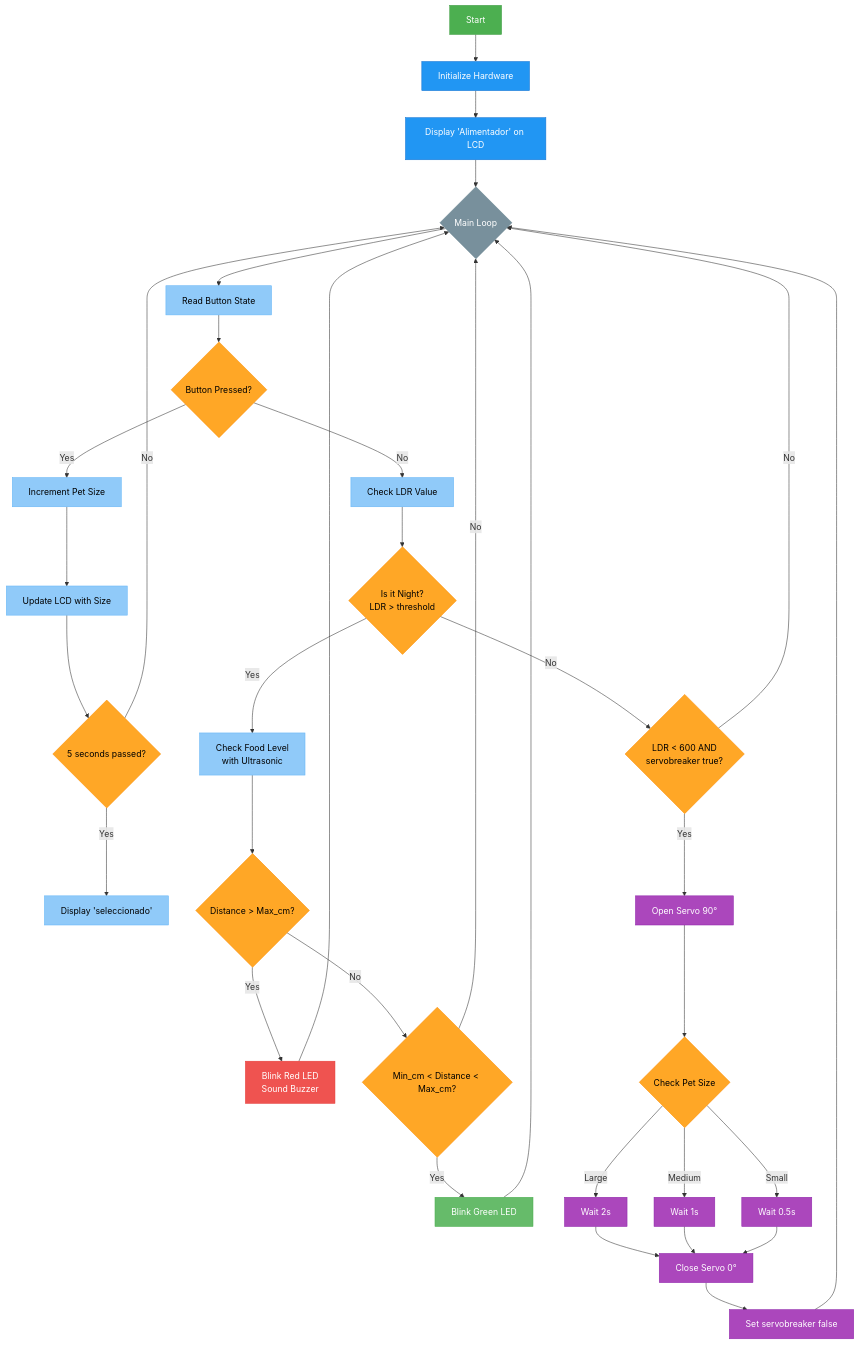
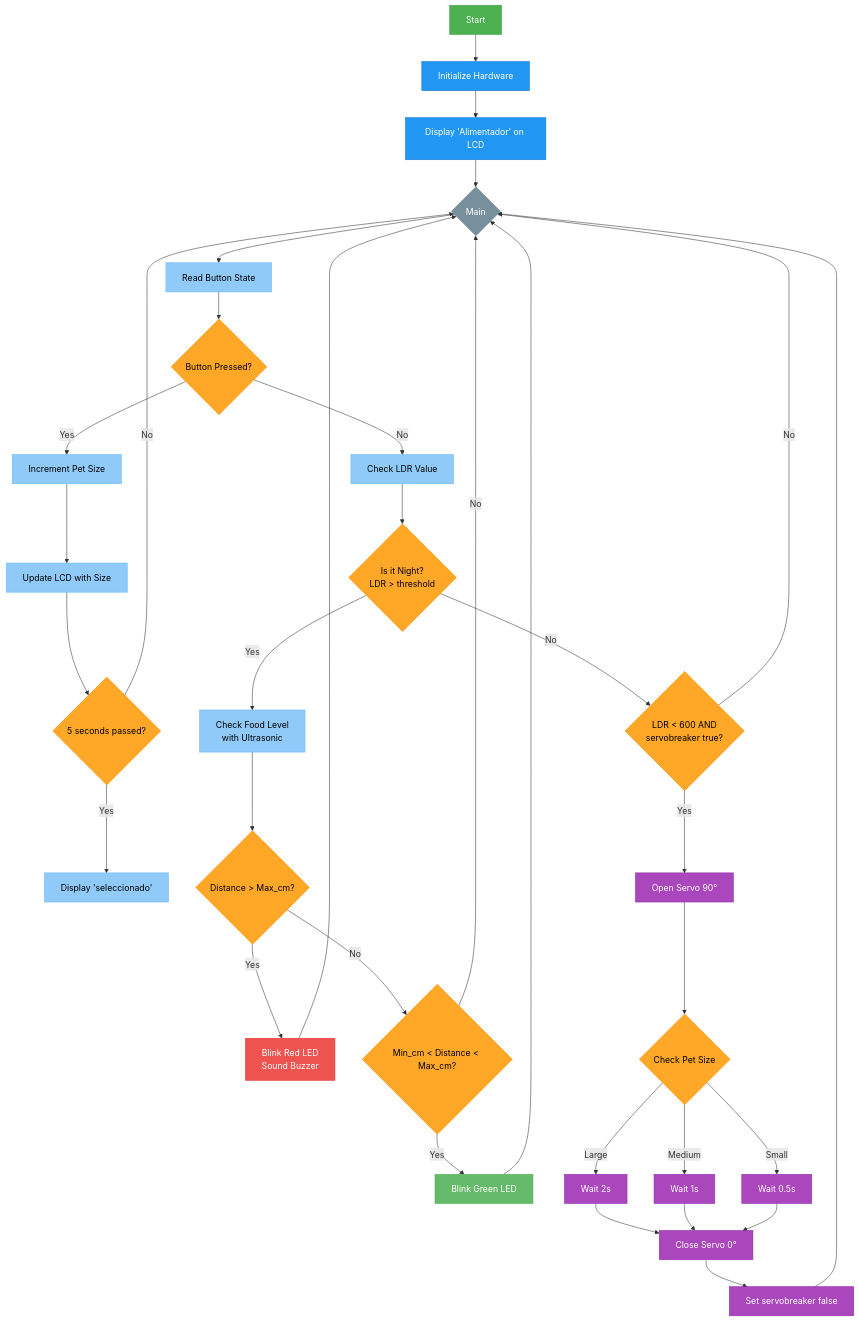
The second of 2 diagrams in Software/README.md (DPfraaaan/Alimenta-de-mascotas), drawn with Mermaid before and after one commit.

````diff
--- a/Software/README.md
+++ b/Software/README.md
@@ -93,59 +93,59 @@
 ```mermaid
 flowchart TD
     %% Style definitions
     classDef start fill:#4CAF50,stroke:#45a049,color:white
     classDef init fill:#2196F3,stroke:#1976D2,color:white
     classDef process fill:#90CAF9,stroke:#64B5F6,color:black
     classDef decision fill:#FFA726,stroke:#FB8C00,color:black
     classDef alert fill:#EF5350,stroke:#E53935,color:white
     classDef success fill:#66BB6A,stroke:#4CAF50,color:white
     classDef servo fill:#AB47BC,stroke:#8E24AA,color:white
     classDef return fill:#78909C,stroke:#607D8B,color:white
 
     A[Start] --> B[Initialize Hardware]
     B --> C[Display 'Alimentador' on LCD]
-    C --> D{Main Loop}
+    C --> D{Main}
     
     D --> E[Read Button State]
     E --> F{Button Pressed?}
     F -->|Yes| G[Increment Pet Size]
     G --> H[Update LCD with Size]
     H --> I{5 seconds passed?}
     I -->|Yes| J[Display 'seleccionado']
     I -->|No| D
     F -->|No| K[Check LDR Value]
     
     K --> L{Is it Night?<br/>LDR > threshold}
     L -->|Yes| M[Check Food Level<br/>with Ultrasonic]
     M --> N{Distance > Max_cm?}
     N -->|Yes| O[Blink Red LED<br/>Sound Buzzer]
     N -->|No| P{Min_cm < Distance < Max_cm?}
     P -->|Yes| Q[Blink Green LED]
     
     L -->|No| R{LDR < 600 AND<br/>servobreaker true?}
     R -->|Yes| S[Open Servo 90°]
     S --> T{Check Pet Size}
     T -->|Large| U[Wait 2s]
     T -->|Medium| V[Wait 1s]
     T -->|Small| W[Wait 0.5s]
     U --> X[Close Servo 0°]
     V --> X
     W --> X
     X --> Y[Set servobreaker false]
     
     O --> D
     Q --> D
     Y --> D
     P -->|No| D
     R -->|No| D
 
     %% Apply styles
     class A start
     class B,C init
     class E,G,H,J,K,M process
     class F,I,L,N,P,R,T decision
     class O alert
     class Q success
     class S,U,V,W,X,Y servo
     class D return
 ```
````
